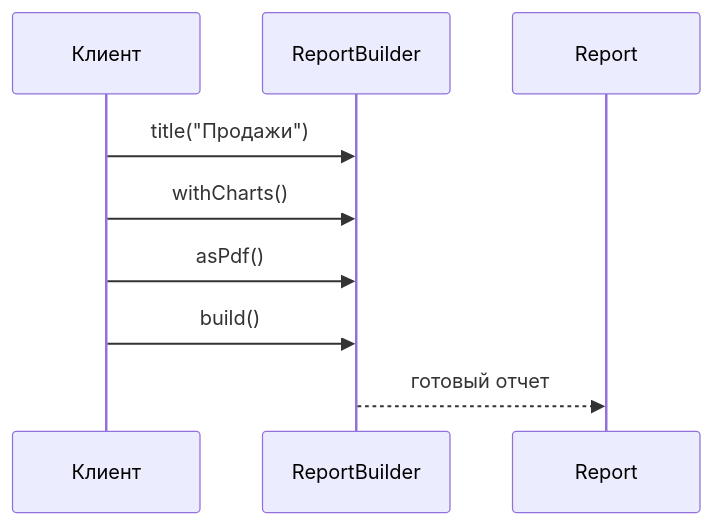
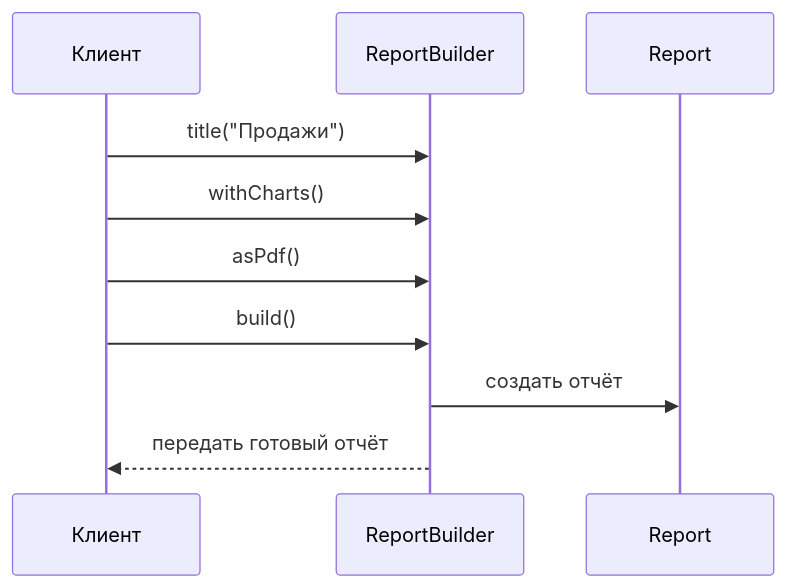
One commit to Kert0n/KPO changed the eighth of 16 diagrams in content/lectures/Lec4/vitepress.md. Above: the diagram before and after it, drawn with Mermaid. The commit also changed other lines of this file, not shown here.

````diff
--- a/content/lectures/Lec4/vitepress.md
+++ b/content/lectures/Lec4/vitepress.md
@@ -979,12 +994,13 @@
 ```mermaid
 sequenceDiagram
   participant Client as Клиент
   participant Builder as ReportBuilder
   participant Report as Report
 
   Client->>Builder: title("Продажи")
   Client->>Builder: withCharts()
   Client->>Builder: asPdf()
   Client->>Builder: build()
-  Builder-->>Report: готовый отчет
+  Builder->>Report: создать отчёт
+  Builder-->>Client: передать готовый отчёт
 ```
````
